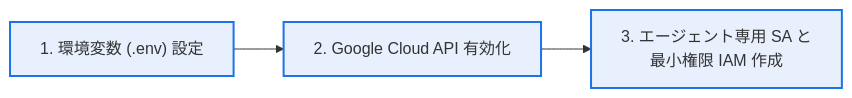
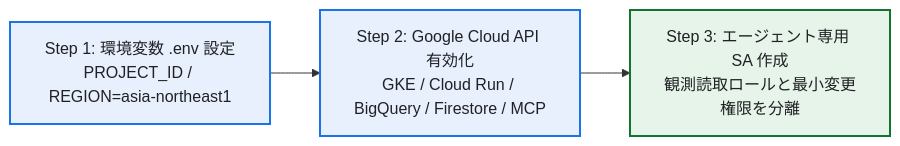
Before and after one commit to tyorikan/agentic-sre-handson: the second of 2 diagrams in docs/00-overview-and-architecture.md, drawn with Mermaid. The commit also changed other lines of this file and 26 other files, not shown here.

Commit message:
docs: プロダクトアイコン付き構成図・シーケンス図 PNG (全19図) の追加と折りたたみ Mermaid 定義の精緻化

````diff
--- a/docs/00-overview-and-architecture.md
+++ b/docs/00-overview-and-architecture.md
@@ -41,8 +66,10 @@
 ```mermaid
 flowchart LR
-    Step1["1. 環境変数 (.env) 設定"] --> Step2["2. Google Cloud API 有効化"]
-    Step2 --> Step3["3. エージェント専用 SA と<br/>最小権限 IAM 作成"]
-    style Step1 fill:#e8f0fe,stroke:#1a73e8,stroke-width:2px
-    style Step2 fill:#e8f0fe,stroke:#1a73e8,stroke-width:2px
-    style Step3 fill:#e8f0fe,stroke:#1a73e8,stroke-width:2px
+    Step1["Step 1: 環境変数 .env 設定<br/>PROJECT_ID / REGION=asia-northeast1"] --> Step2["Step 2: Google Cloud API 有効化<br/>GKE / Cloud Run / BigQuery / Firestore / MCP"]
+    Step2 --> Step3["Step 3: エージェント専用 SA 作成<br/>観測読取ロールと最小変更権限を分離"]
+
+    classDef stepBlue fill:#e8f0fe,stroke:#1a73e8,stroke-width:2px,color:#202124;
+    classDef stepGreen fill:#e6f4ea,stroke:#137333,stroke-width:2px,color:#202124;
+    class Step1,Step2 stepBlue;
+    class Step3 stepGreen;
 ```
````
